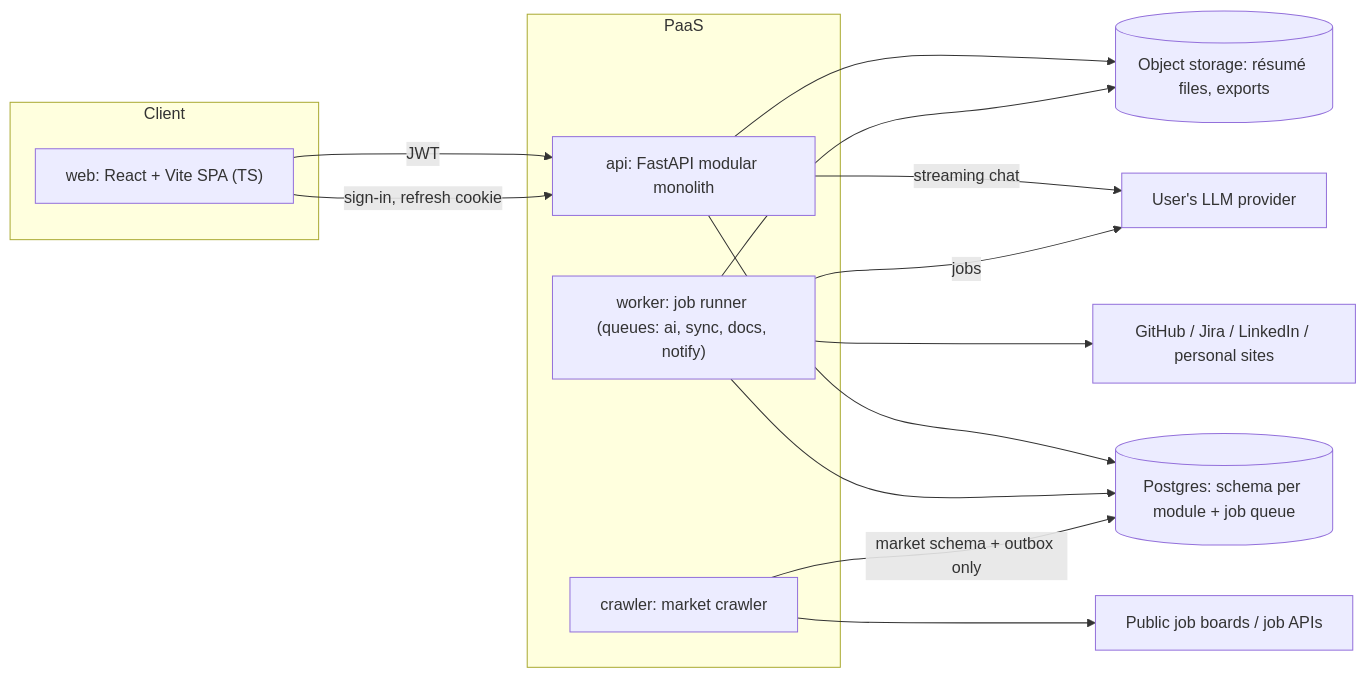
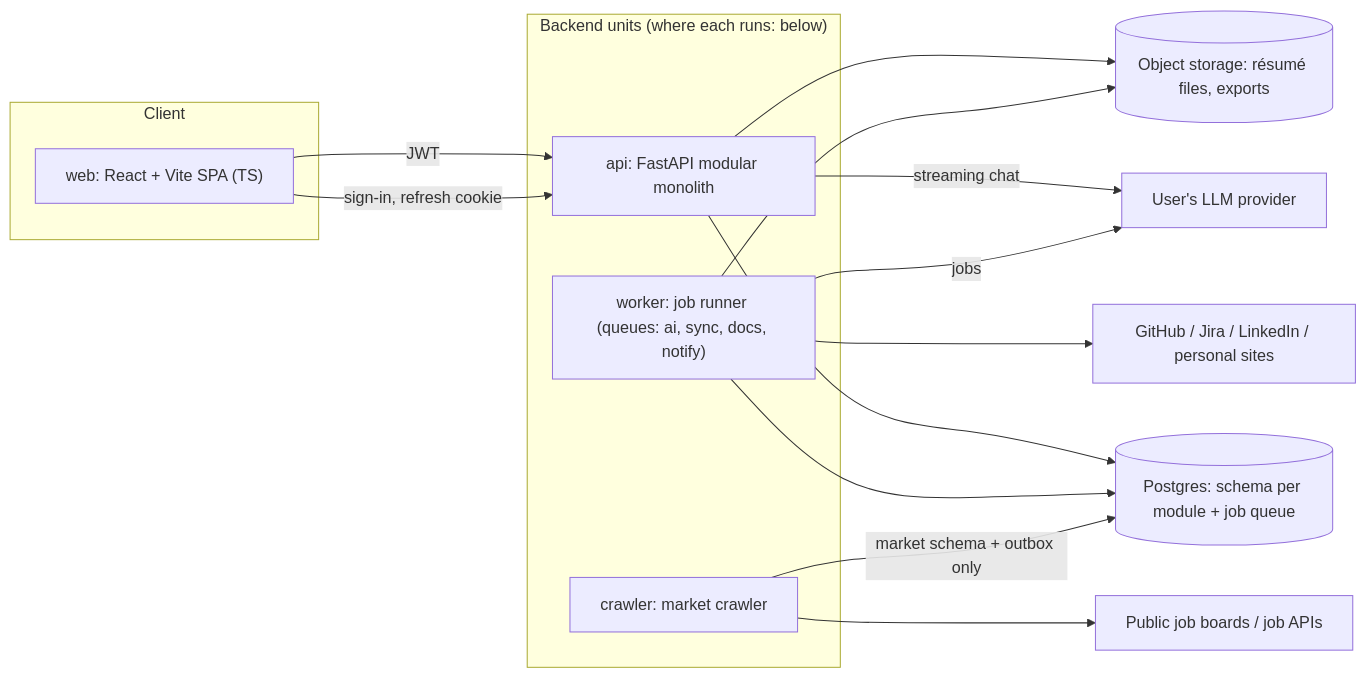
Before and after one commit to ycc789741ycc/career-polaris: the first of 5 diagrams in docs/architecture.md, drawn with Mermaid. The commit also changed other lines of this file and 2 other files, not shown here.

````diff
--- a/docs/architecture.md
+++ b/docs/architecture.md
@@ -11,28 +11,28 @@
 ```mermaid
 flowchart LR
   subgraph Client
     SPA["web: React + Vite SPA (TS)"]
   end
-  subgraph PaaS
+  subgraph Units["Backend units (where each runs: below)"]
     API["api: FastAPI modular monolith"]
     W["worker: job runner (queues: ai, sync, docs, notify)"]
     C["crawler: market crawler"]
   end
   DB[("Postgres: schema per module + job queue")]
   OBJ[("Object storage: résumé files, exports")]
   LLM["User's LLM provider"]
   WEB["Public job boards / job APIs"]
   SRC["GitHub / Jira / LinkedIn / personal sites"]
 
   SPA -- JWT --> API
   SPA -- sign-in, refresh cookie --> API
   API --> DB
   W --> DB
   C -- market schema + outbox only --> DB
   API -- streaming chat --> LLM
   W -- jobs --> LLM
   W --> SRC
   C --> WEB
   API --> OBJ
   W --> OBJ
 ```
````
